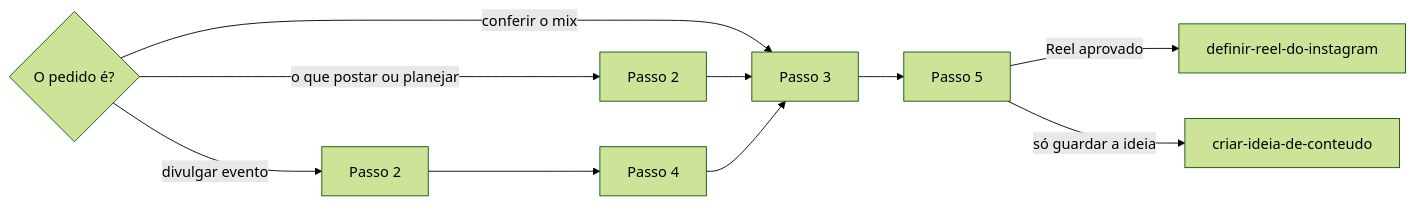
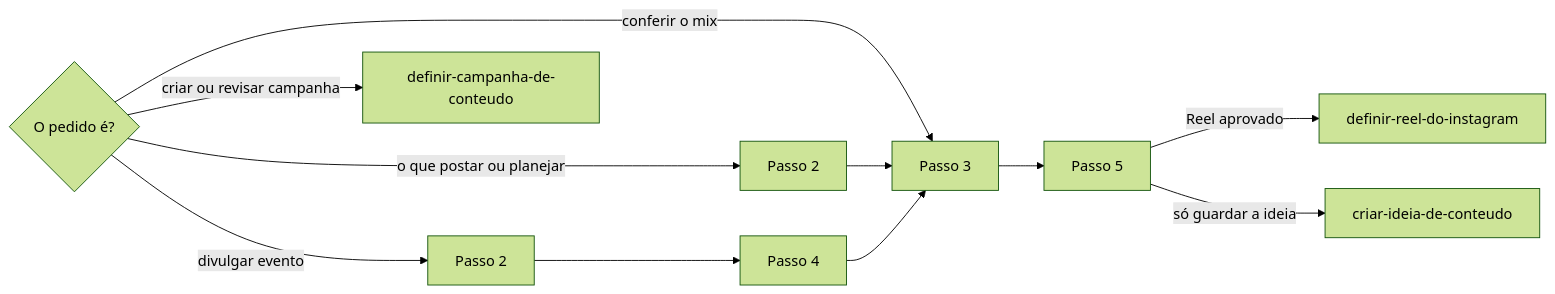
One commit to jimmyandrade/harness changed the diagram in .agents/skills/planejar-calendario-de-conteudo/SKILL.md. Above: the diagram before and after it, drawn with Mermaid (forest theme). The commit also changed other lines of this file, not shown here.

Commit message:
feat(planejar-calendario-de-conteudo): treat content campaigns as the narrative of their window

````diff
--- a/.agents/skills/planejar-calendario-de-conteudo/SKILL.md
+++ b/.agents/skills/planejar-calendario-de-conteudo/SKILL.md
@@ -32,12 +33,13 @@
 ```mermaid
 flowchart LR
   Q{O pedido é?} -->|o que postar ou planejar| P2[Passo 2]
   Q -->|divulgar evento| P2E[Passo 2]
   Q -->|conferir o mix| P3[Passo 3]
+  Q -->|criar ou revisar campanha| C[definir-campanha-de-conteudo]
   P2 --> P3
   P2E --> P4[Passo 4]
   P4 --> P3
   P3 --> P5[Passo 5]
   P5 -->|Reel aprovado| R[definir-reel-do-instagram]
   P5 -->|só guardar a ideia| I[criar-ideia-de-conteudo]
 ```
````
